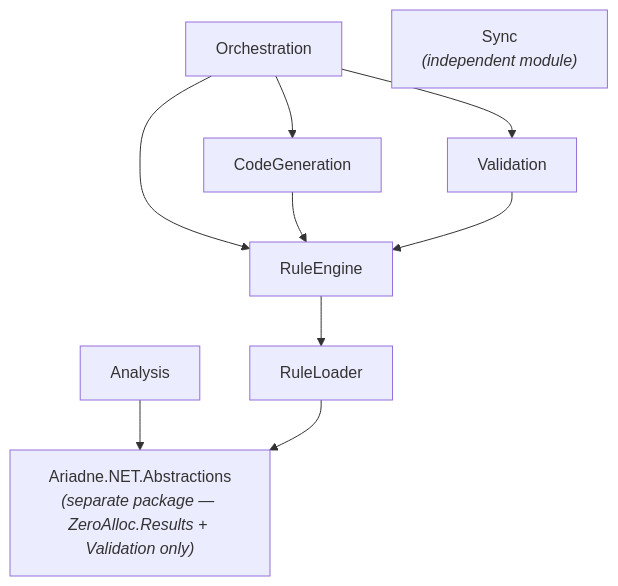
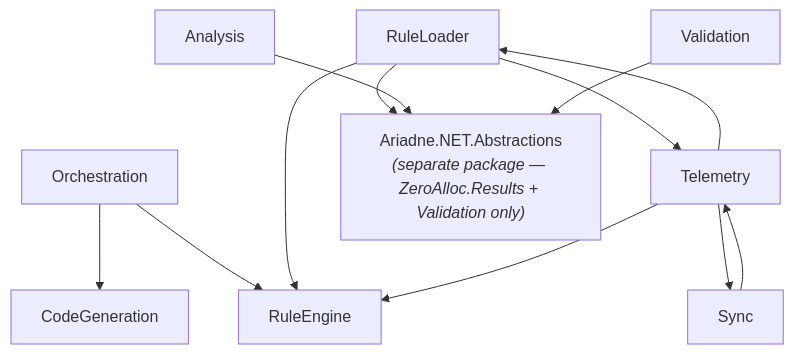
Before and after one commit to MarcelRoozekrans/Ariadne.NET: the fourth of 4 diagrams in docs-site/docs/how-it-works/02-architecture.md, drawn with Mermaid. The commit also changed other lines of this file and 4 other files, not shown here.

````diff
--- a/docs-site/docs/how-it-works/02-architecture.md
+++ b/docs-site/docs/how-it-works/02-architecture.md
@@ -75,12 +75,14 @@
 ```mermaid
 graph TD
     Orchestration --> CodeGeneration
-    Orchestration --> Validation
+    Orchestration --> RuleEngine
+    RuleLoader --> RuleEngine
+    RuleLoader --> Telemetry
+    Sync --> Telemetry
+    Telemetry --> RuleLoader
+    Telemetry --> Sync
+    Telemetry --> RuleEngine
+    RuleLoader --> Abstractions["Ariadne.NET.Abstractions<br/><i>(separate package — ZeroAlloc.Results + Validation only)</i>"]
     Analysis --> Abstractions
-    Orchestration --> RuleEngine
-    CodeGeneration --> RuleEngine
-    Validation --> RuleEngine
-    RuleEngine --> RuleLoader
-    RuleLoader --> Abstractions["Ariadne.NET.Abstractions<br/><i>(separate package — ZeroAlloc.Results + Validation only)</i>"]
-    Sync["Sync<br/><i>(independent module)</i>"]
+    Validation --> Abstractions
 ```
````
